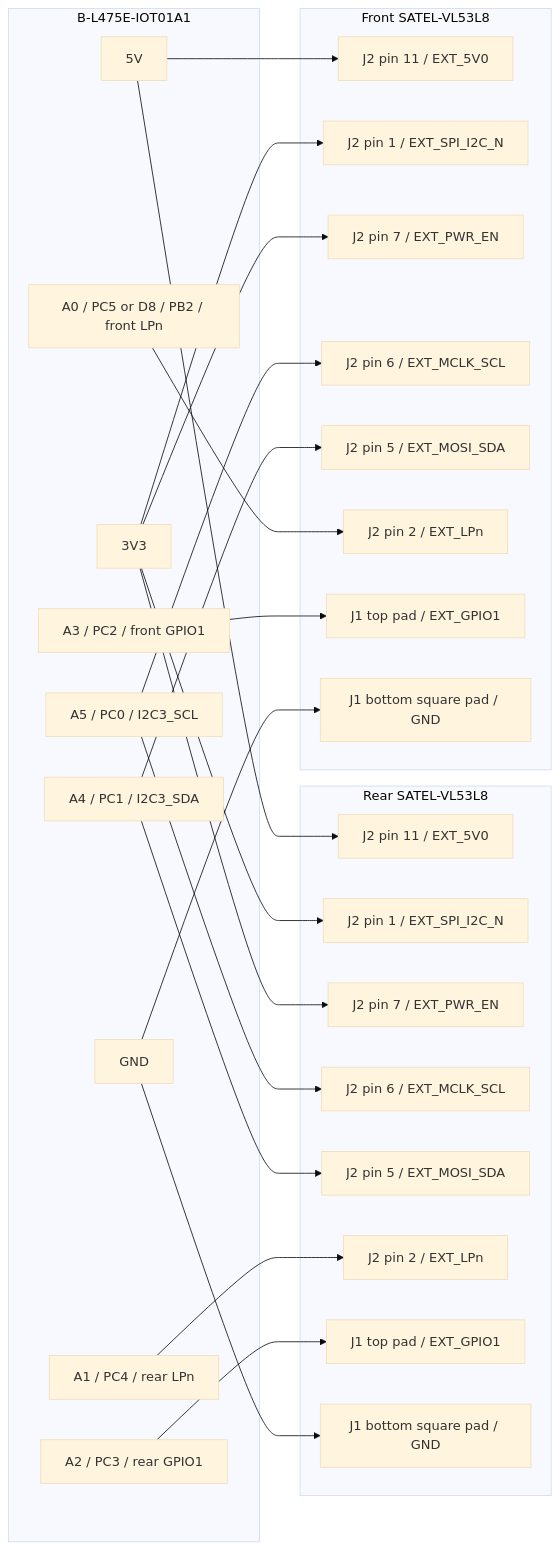
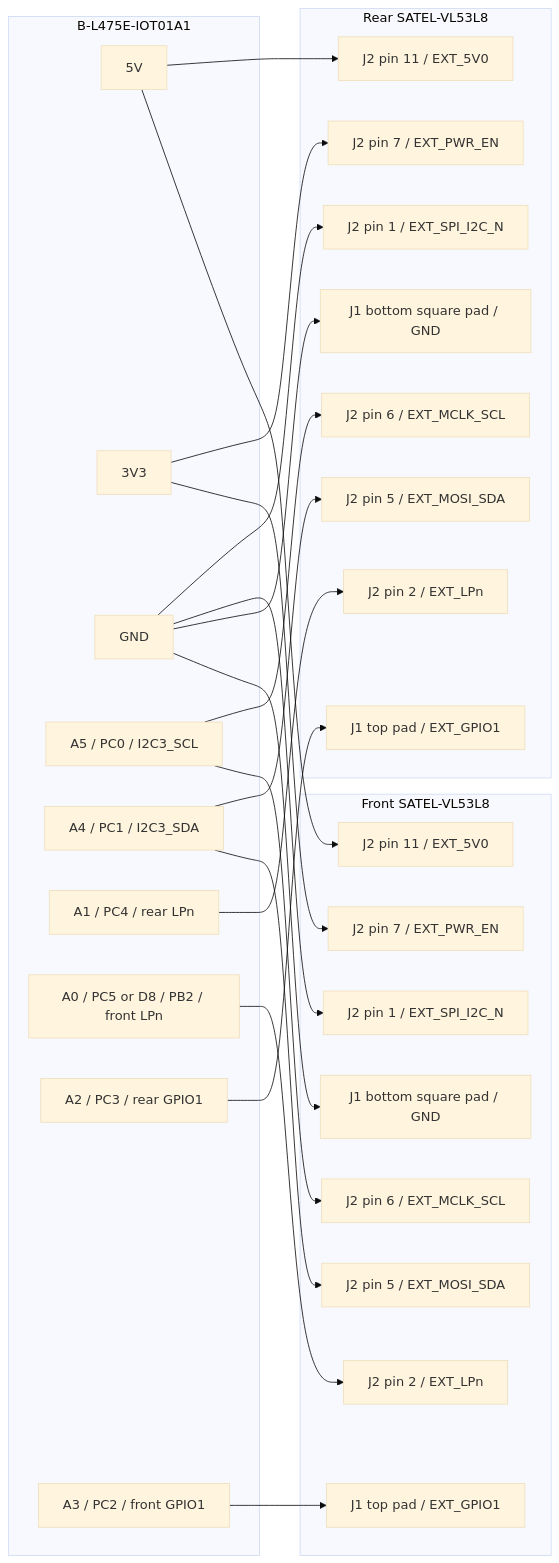
One commit to JuneJulyAugust/openotter changed the second of 2 diagrams in firmware/stm32-mcp/docs/dev/10-vl53l8-satel-bringup.md. Above: the diagram before and after it, drawn with Mermaid (base theme). The commit also changed other lines of this file and 25 other files, not shown here.

````diff
--- a/firmware/stm32-mcp/docs/dev/10-vl53l8-satel-bringup.md
+++ b/firmware/stm32-mcp/docs/dev/10-vl53l8-satel-bringup.md
@@ -202,53 +207,53 @@
 ```mermaid
 flowchart LR
     subgraph IOT["B-L475E-IOT01A1"]
         I5V["5V"]
         I3V3["3V3"]
         IGND["GND"]
         SCL["A5 / PC0 / I2C3_SCL"]
         SDA["A4 / PC1 / I2C3_SDA"]
         RLP["A1 / PC4 / rear LPn"]
         FLP["A0 / PC5 or D8 / PB2 / front LPn"]
         RINT["A2 / PC3 / rear GPIO1"]
         FINT["A3 / PC2 / front GPIO1"]
     end
 
     subgraph REAR["Rear SATEL-VL53L8"]
         R5V["J2 pin 11 / EXT_5V0"]
         R3V3MODE["J2 pin 1 / EXT_SPI_I2C_N"]
         R3V3PWR["J2 pin 7 / EXT_PWR_EN"]
         RSCL["J2 pin 6 / EXT_MCLK_SCL"]
         RSDA["J2 pin 5 / EXT_MOSI_SDA"]
         RLPIN["J2 pin 2 / EXT_LPn"]
         RG1["J1 top pad / EXT_GPIO1"]
         RGND["J1 bottom square pad / GND"]
     end
 
     subgraph FRONT["Front SATEL-VL53L8"]
         F5V["J2 pin 11 / EXT_5V0"]
         F3V3MODE["J2 pin 1 / EXT_SPI_I2C_N"]
         F3V3PWR["J2 pin 7 / EXT_PWR_EN"]
         FSCL["J2 pin 6 / EXT_MCLK_SCL"]
         FSDA["J2 pin 5 / EXT_MOSI_SDA"]
         FLPIN["J2 pin 2 / EXT_LPn"]
         FG1["J1 top pad / EXT_GPIO1"]
         FGND["J1 bottom square pad / GND"]
     end
 
     I5V --> R5V
     I5V --> F5V
-    I3V3 --> R3V3MODE
-    I3V3 --> F3V3MODE
+    IGND --> R3V3MODE
+    IGND --> F3V3MODE
     I3V3 --> R3V3PWR
     I3V3 --> F3V3PWR
     IGND --> RGND
     IGND --> FGND
     SCL --> RSCL
     SCL --> FSCL
     SDA --> RSDA
     SDA --> FSDA
     RLP --> RLPIN
     FLP --> FLPIN
     RINT --> RG1
     FINT --> FG1
 ```
````
